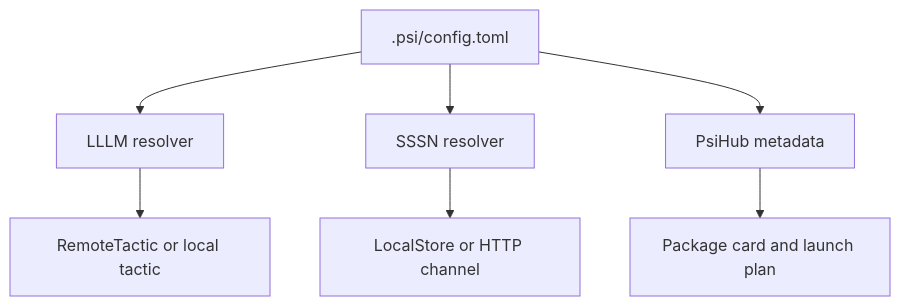
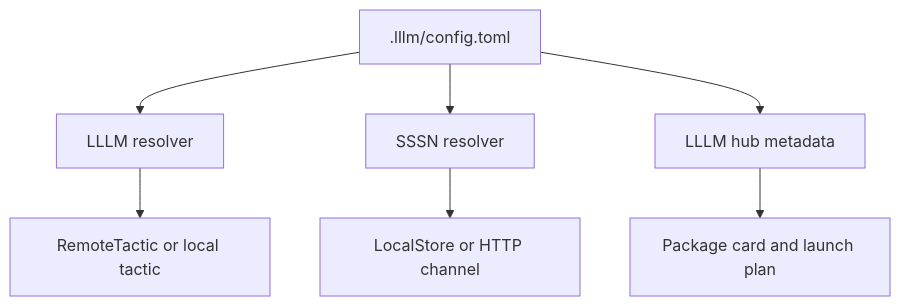
One commit to Productive-Superintelligence/lllm changed the diagram in docs/protocol/refs-resolution.md. Above: the diagram before and after it, drawn with Mermaid. The commit also changed other lines of this file and 58 other files, not shown here.

First line of the commit message:
Add lllm.hub and unify the package manifest as lllm.toml

````diff
--- a/docs/protocol/refs-resolution.md
+++ b/docs/protocol/refs-resolution.md
@@ -68,9 +68,9 @@
 ```mermaid
 flowchart TD
-  C[".psi/config.toml"] --> L["LLLM resolver"]
+  C[".lllm/config.toml"] --> L["LLLM resolver"]
   C --> S["SSSN resolver"]
-  C --> H["PsiHub metadata"]
+  C --> H["LLLM hub metadata"]
   L --> T["RemoteTactic or local tactic"]
   S --> E["LocalStore or HTTP channel"]
   H --> P["Package card and launch plan"]
 ```
````
